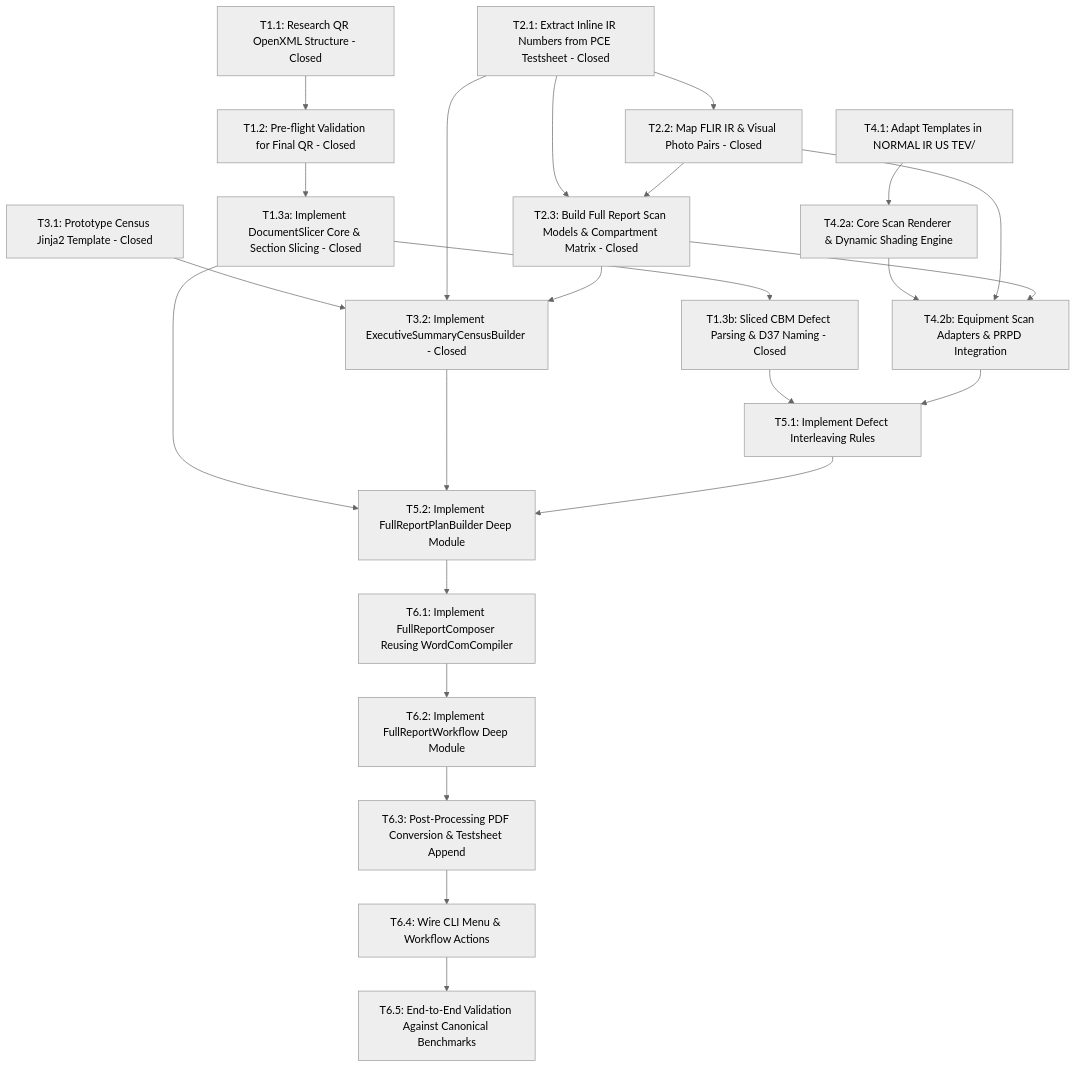
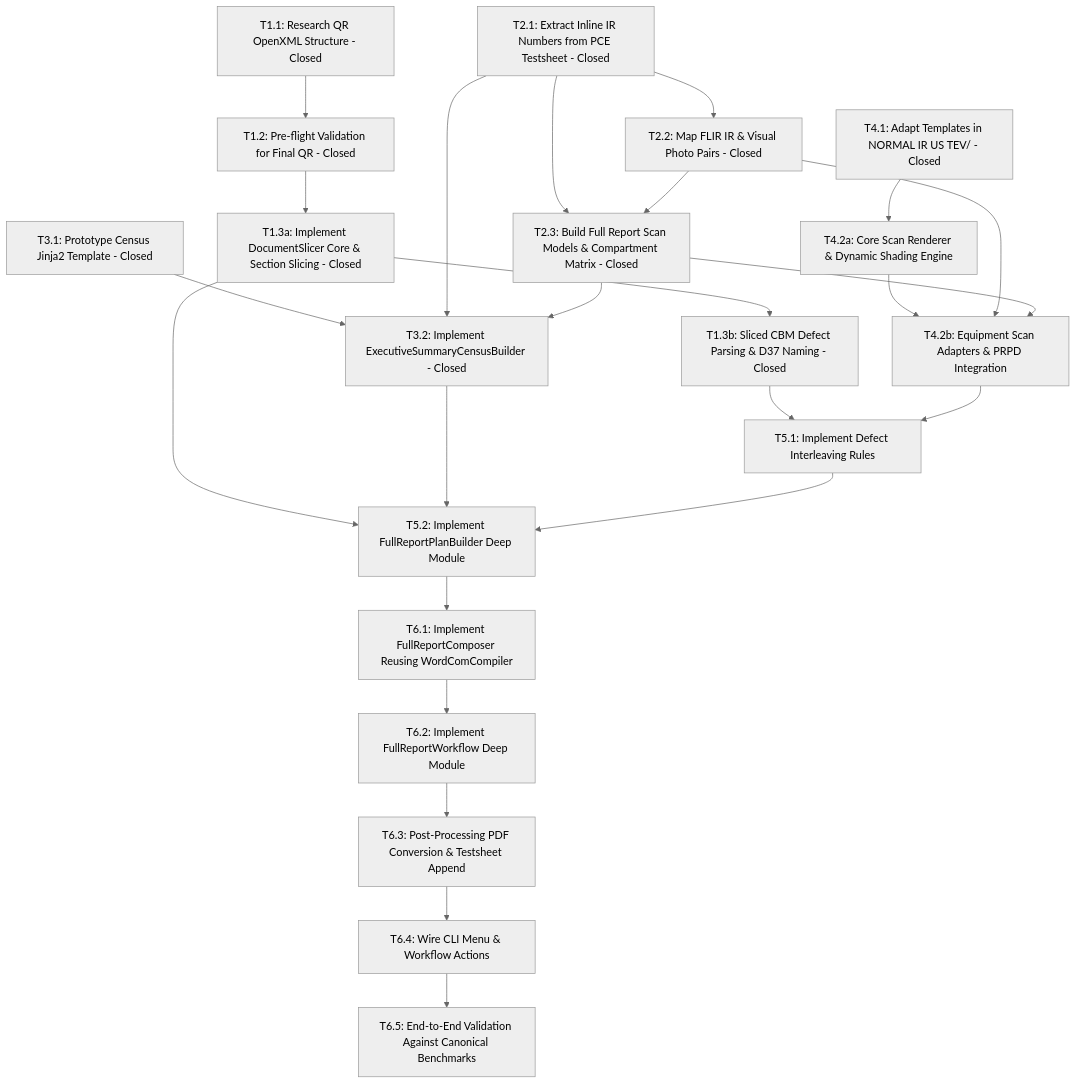
The diagram in .wayfinder/full-report-map/map.md (adamlarGit/pahang-cli), drawn with Mermaid (neutral theme) before and after one commit. The commit also changed other lines of this file and 13 other files, not shown here.

First line of the commit message:
feat(full-report): adapt component scanning templates (#29)

````diff
--- a/.wayfinder/full-report-map/map.md
+++ b/.wayfinder/full-report-map/map.md
@@ -125,32 +125,32 @@
 ```mermaid
 graph TD
     T1_1[T1.1: Research QR OpenXML Structure - Closed] --> T1_2[T1.2: Pre-flight Validation for Final QR - Closed]
     T1_2 --> T1_3a[T1.3a: Implement DocumentSlicer Core & Section Slicing - Closed]
     T1_3a --> T1_3b[T1.3b: Sliced CBM Defect Parsing & D37 Naming - Closed]
     
     T2_1[T2.1: Extract Inline IR Numbers from PCE Testsheet - Closed] --> T2_2[T2.2: Map FLIR IR & Visual Photo Pairs - Closed]
     T2_1 --> T2_3[T2.3: Build Full Report Scan Models & Compartment Matrix - Closed]
     T2_2 --> T2_3
     
     T3_1[T3.1: Prototype Census Jinja2 Template - Closed] --> T3_2[T3.2: Implement ExecutiveSummaryCensusBuilder - Closed]
     T2_1 --> T3_2
     T2_3 --> T3_2
     
-    T4_1[T4.1: Adapt Templates in NORMAL IR US TEV/] --> T4_2a[T4.2a: Core Scan Renderer & Dynamic Shading Engine]
+    T4_1[T4.1: Adapt Templates in NORMAL IR US TEV/ - Closed] --> T4_2a[T4.2a: Core Scan Renderer & Dynamic Shading Engine]
     T4_2a --> T4_2b[T4.2b: Equipment Scan Adapters & PRPD Integration]
     T2_2 --> T4_2b
     T2_3 --> T4_2b
     
     T1_3b --> T5_1[T5.1: Implement Defect Interleaving Rules]
     T4_2b --> T5_1
     
     T1_3a --> T5_2[T5.2: Implement FullReportPlanBuilder Deep Module]
     T3_2 --> T5_2
     T5_1 --> T5_2
     
     T5_2 --> T6_1[T6.1: Implement FullReportComposer Reusing WordComCompiler]
     T6_1 --> T6_2[T6.2: Implement FullReportWorkflow Deep Module]
     T6_2 --> T6_3[T6.3: Post-Processing PDF Conversion & Testsheet Append]
     T6_3 --> T6_4[T6.4: Wire CLI Menu & Workflow Actions]
     T6_4 --> T6_5[T6.5: End-to-End Validation Against Canonical Benchmarks]
 ```
````
